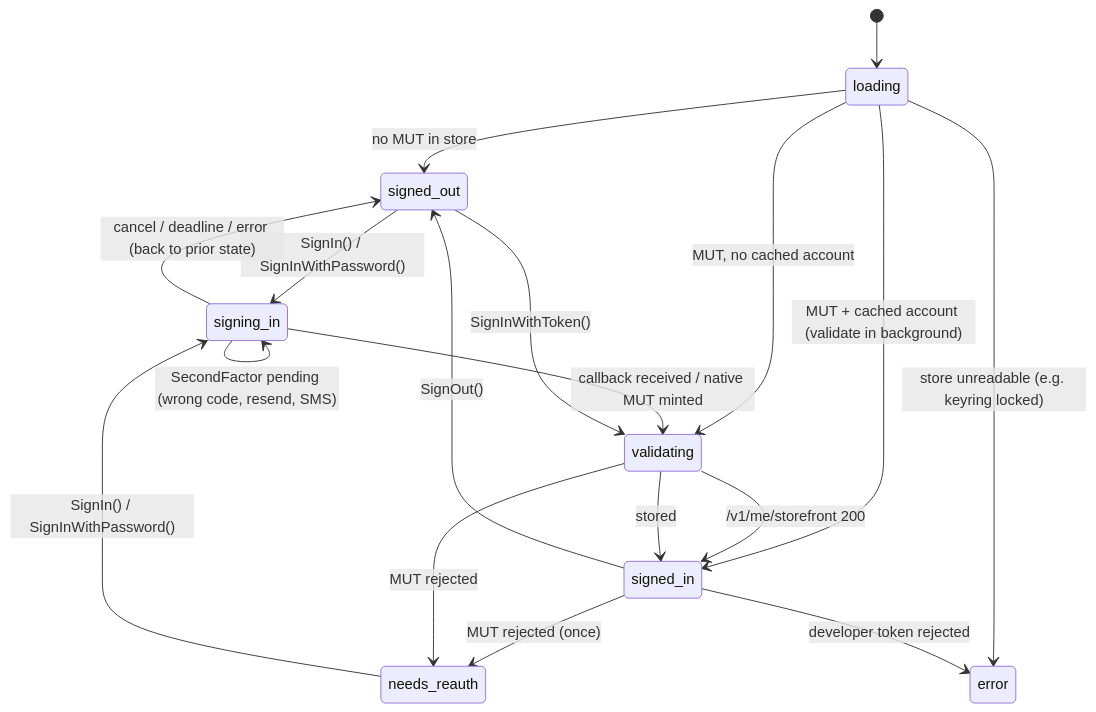
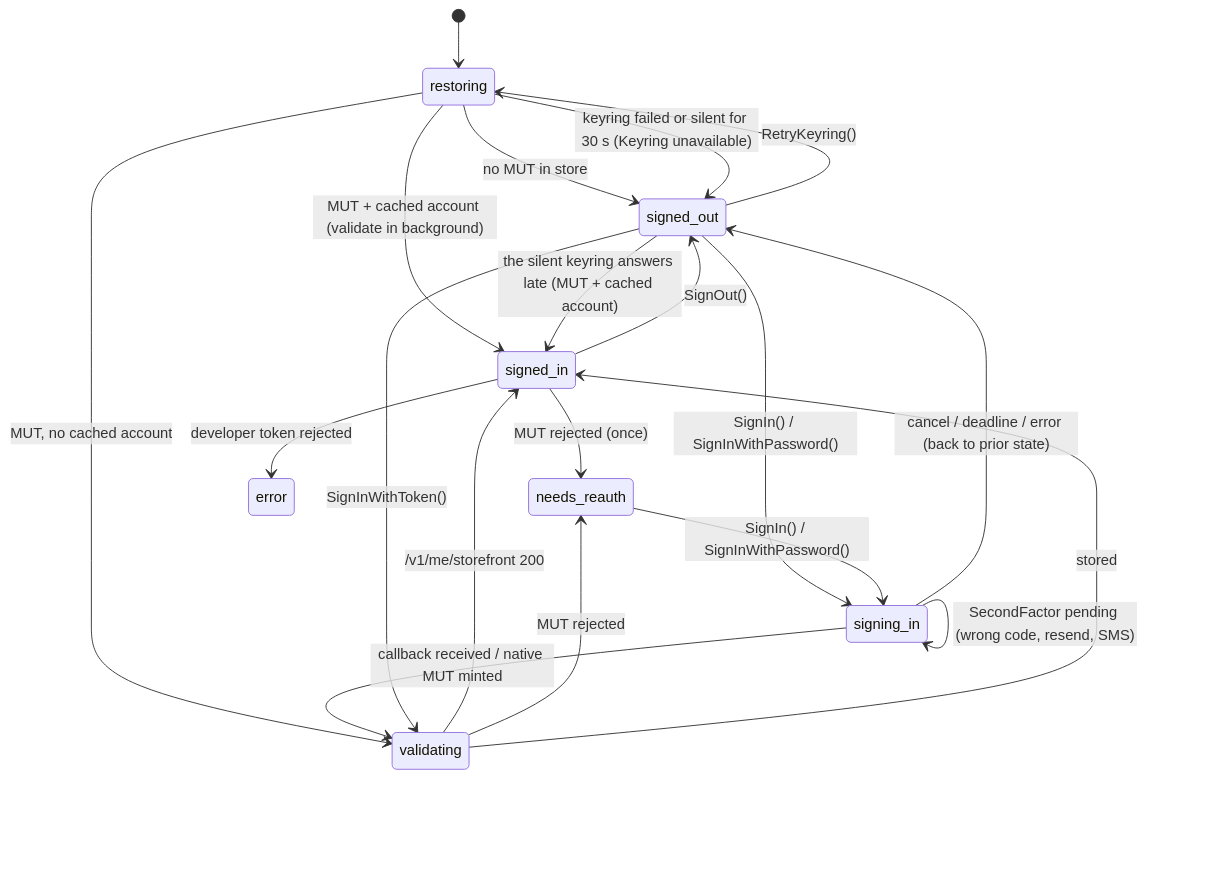
The second of 2 diagrams in docs/auth.md (coredev-uk/sona-go), drawn with Mermaid before and after one commit. The commit also changed other lines of this file and 32 other files, not shown here.

````diff
--- a/docs/auth.md
+++ b/docs/auth.md
@@ -189,20 +189,22 @@
 ```mermaid
 stateDiagram-v2
-  [*] --> loading
-  loading --> signed_out: no MUT in store
-  loading --> signed_in: MUT + cached account (validate in background)
-  loading --> validating: MUT, no cached account
-  loading --> error: store unreadable (e.g. keyring locked)
+  [*] --> restoring
+  restoring --> signed_out: no MUT in store
+  restoring --> signed_in: MUT + cached account (validate in background)
+  restoring --> validating: MUT, no cached account
+  restoring --> signed_out: keyring failed or silent for 30 s (Keyring unavailable)
+  signed_out --> signed_in: the silent keyring answers late (MUT + cached account)
+  signed_out --> restoring: RetryKeyring()
   validating --> signed_in: /v1/me/storefront 200
   signed_in --> needs_reauth: MUT rejected (once)
   validating --> needs_reauth: MUT rejected
   signed_in --> error: developer token rejected
   signed_out --> signing_in: SignIn() / SignInWithPassword()
   signing_in --> validating: callback received / native MUT minted
   signing_in --> signing_in: SecondFactor pending (wrong code, resend, SMS)
   signed_out --> validating: SignInWithToken()
   validating --> signed_in: stored
   signing_in --> signed_out: cancel / deadline / error (back to prior state)
   needs_reauth --> signing_in: SignIn() / SignInWithPassword()
   signed_in --> signed_out: SignOut()
 ```
````
